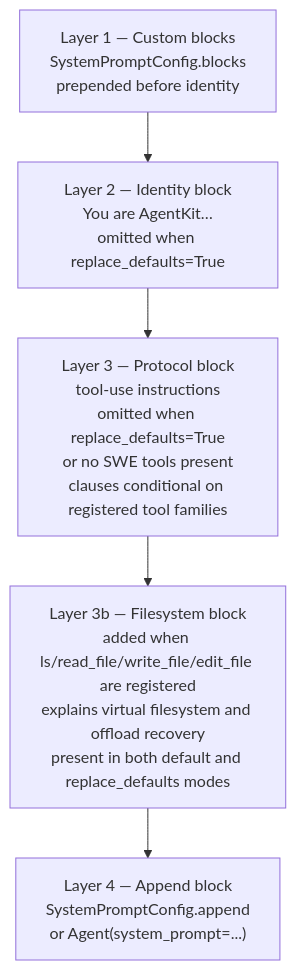
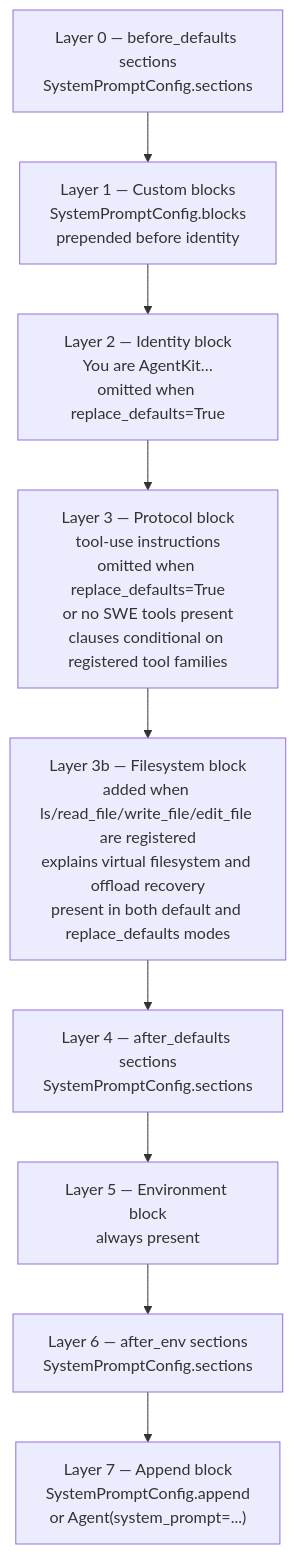
Diagram 13 of 14 in docs/architecture.md (DuyTa506/linch), drawn with Mermaid before and after one commit. The commit also changed other lines of this file and 46 other files, not shown here.

````diff
--- a/docs/architecture.md
+++ b/docs/architecture.md
@@ -700,10 +704,14 @@
 ```mermaid
 flowchart TD
+    L0["Layer 0 — before_defaults sections\nSystemPromptConfig.sections"]
     L1["Layer 1 — Custom blocks\nSystemPromptConfig.blocks\nprepended before identity"]
     L2["Layer 2 — Identity block\nYou are AgentKit…\nomitted when replace_defaults=True"]
     L3["Layer 3 — Protocol block\ntool-use instructions\nomitted when replace_defaults=True\nor no SWE tools present\nclauses conditional on registered tool families"]
     LFS["Layer 3b — Filesystem block\nadded when ls/read_file/write_file/edit_file are registered\nexplains virtual filesystem and offload recovery\npresent in both default and replace_defaults modes"]
-    L4["Layer 4 — Append block\nSystemPromptConfig.append\nor Agent(system_prompt=...)"]
+    L4["Layer 4 — after_defaults sections\nSystemPromptConfig.sections"]
+    L5["Layer 5 — Environment block\nalways present"]
+    L6["Layer 6 — after_env sections\nSystemPromptConfig.sections"]
+    L7["Layer 7 — Append block\nSystemPromptConfig.append\nor Agent(system_prompt=...)"]
 
-    L1 --> L2 --> L3 --> LFS --> L4
+    L0 --> L1 --> L2 --> L3 --> LFS --> L4 --> L5 --> L6 --> L7
 ```
````
